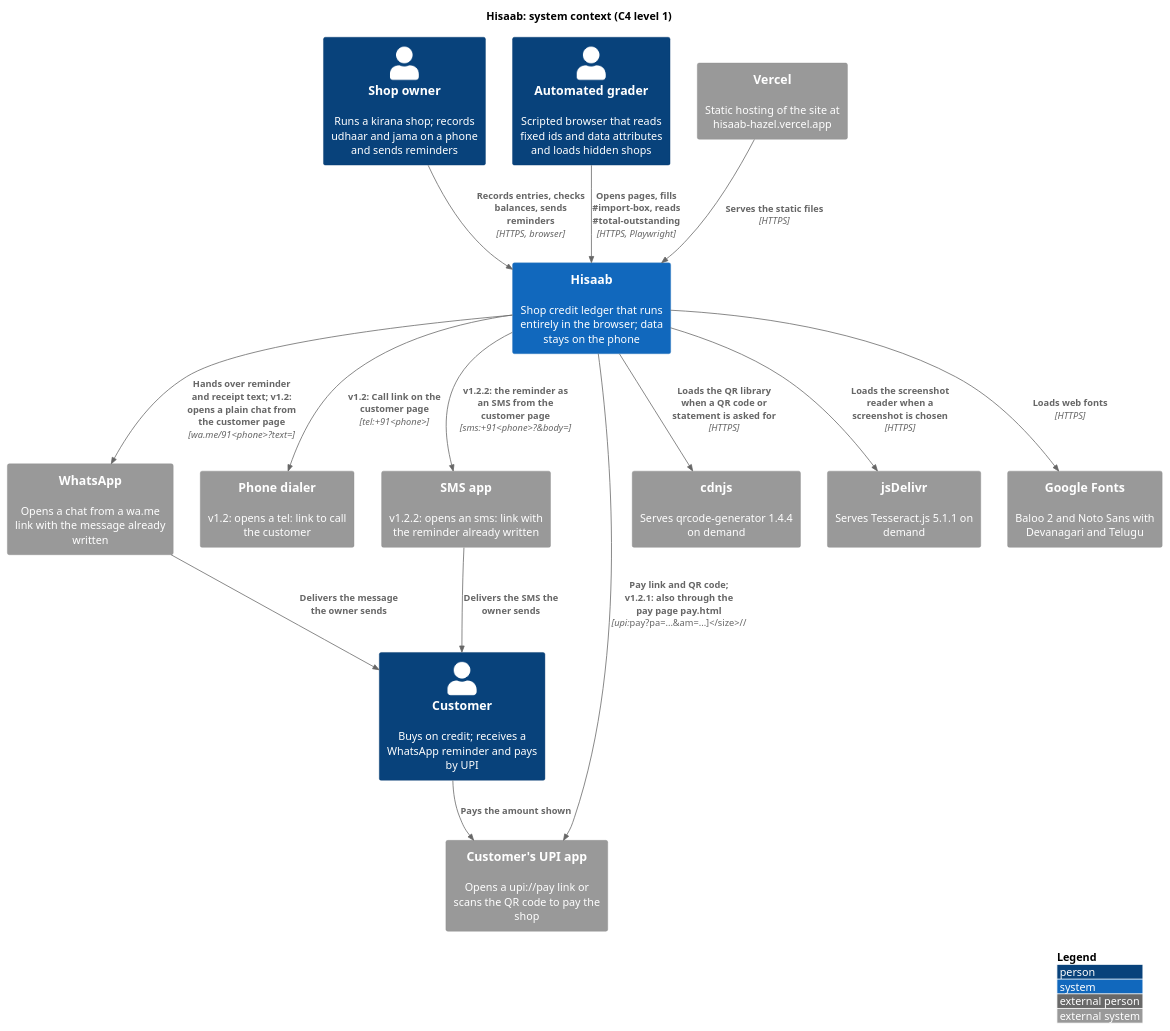
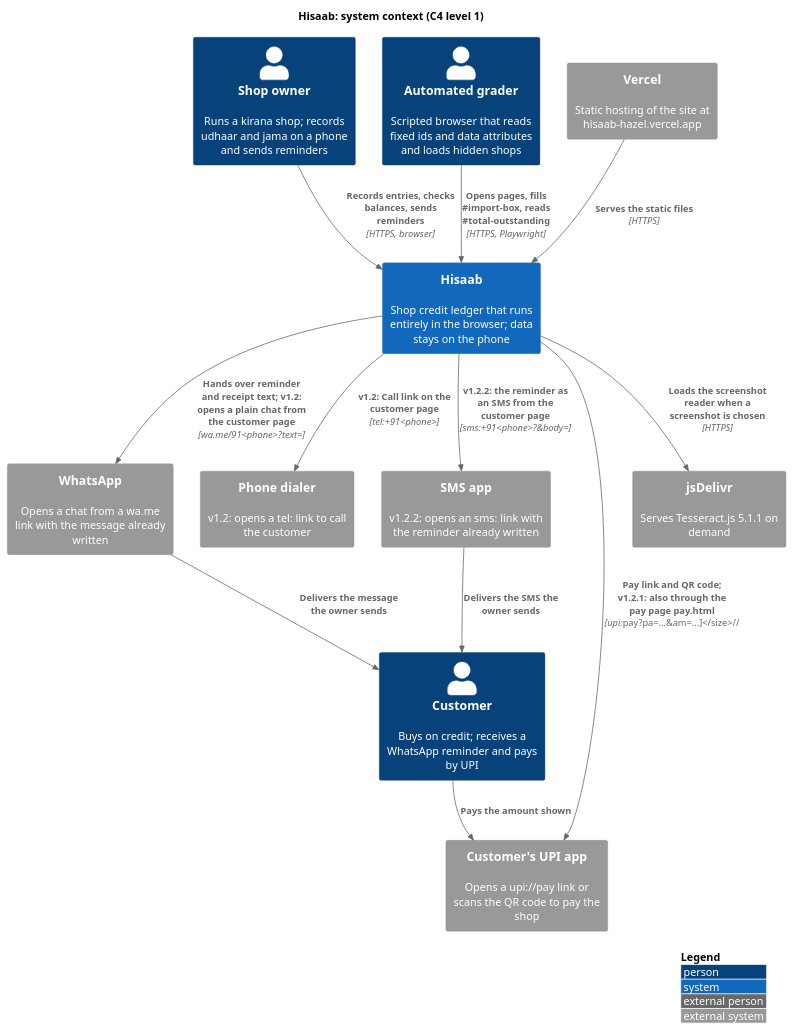
One commit to karwasanjay007/hisaab-docs changed the diagram in docs/diagrams/c4-context.puml. Above: the diagram before and after it, drawn with PlantUML. The commit also changed 21 other files, not shown here.

```diff
--- a/docs/diagrams/c4-context.puml
+++ b/docs/diagrams/c4-context.puml
@@ -1,35 +1,31 @@
 @startuml c4-context
 !include <C4/C4_Context>
 title Hisaab: system context (C4 level 1)
 
 Person(owner, "Shop owner", "Runs a kirana shop; records udhaar and jama on a phone and sends reminders")
 Person(customer, "Customer", "Buys on credit; receives a WhatsApp reminder and pays by UPI")
 Person(grader, "Automated grader", "Scripted browser that reads fixed ids and data attributes and loads hidden shops")
 
 System(hisaab, "Hisaab", "Shop credit ledger that runs entirely in the browser; data stays on the phone")
 
 System_Ext(whatsapp, "WhatsApp", "Opens a chat from a wa.me link with the message already written")
 System_Ext(dialer, "Phone dialer", "v1.2: opens a tel: link to call the customer")
 System_Ext(sms, "SMS app", "v1.2.2: opens an sms: link with the reminder already written")
 System_Ext(upi, "Customer's UPI app", "Opens a upi://pay link or scans the QR code to pay the shop")
 System_Ext(vercel, "Vercel", "Static hosting of the site at hisaab-hazel.vercel.app")
-System_Ext(cdnjs, "cdnjs", "Serves qrcode-generator 1.4.4 on demand")
 System_Ext(jsdelivr, "jsDelivr", "Serves Tesseract.js 5.1.1 on demand")
-System_Ext(fonts, "Google Fonts", "Baloo 2 and Noto Sans with Devanagari and Telugu")
 
 Rel(owner, hisaab, "Records entries, checks balances, sends reminders", "HTTPS, browser")
 Rel(grader, hisaab, "Opens pages, fills #import-box, reads #total-outstanding", "HTTPS, Playwright")
 Rel(hisaab, whatsapp, "Hands over reminder and receipt text; v1.2: opens a plain chat from the customer page", "wa.me/91<phone>?text=")
 Rel(hisaab, dialer, "v1.2: Call link on the customer page", "tel:+91<phone>")
 Rel(hisaab, sms, "v1.2.2: the reminder as an SMS from the customer page", "sms:+91<phone>?&body=")
 Rel(sms, customer, "Delivers the SMS the owner sends")
 Rel(whatsapp, customer, "Delivers the message the owner sends")
 Rel(customer, upi, "Pays the amount shown")
 Rel(hisaab, upi, "Pay link and QR code; v1.2.1: also through the pay page pay.html", "upi://pay?pa=...&am=...")
 Rel(vercel, hisaab, "Serves the static files", "HTTPS")
-Rel(hisaab, cdnjs, "Loads the QR library when a QR code or statement is asked for", "HTTPS")
 Rel(hisaab, jsdelivr, "Loads the screenshot reader when a screenshot is chosen", "HTTPS")
-Rel(hisaab, fonts, "Loads web fonts", "HTTPS")
 
 LAYOUT_WITH_LEGEND()
 @enduml
```
